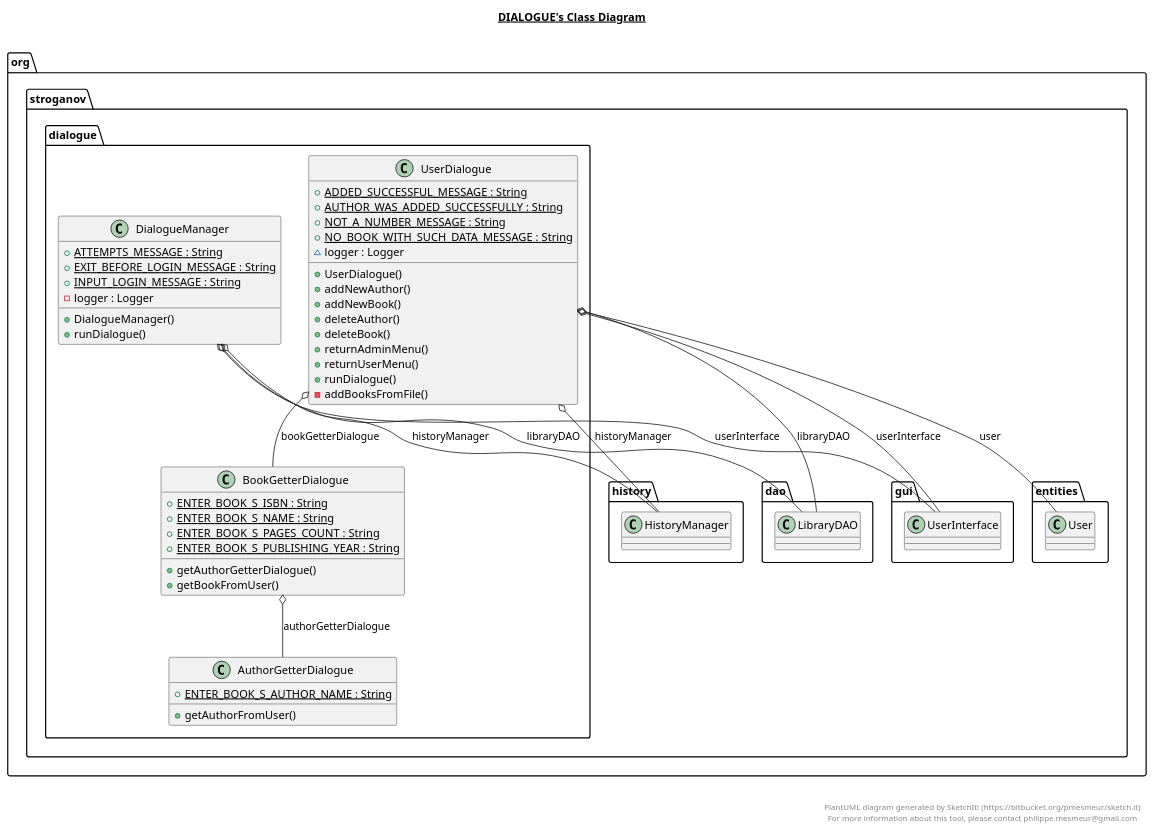
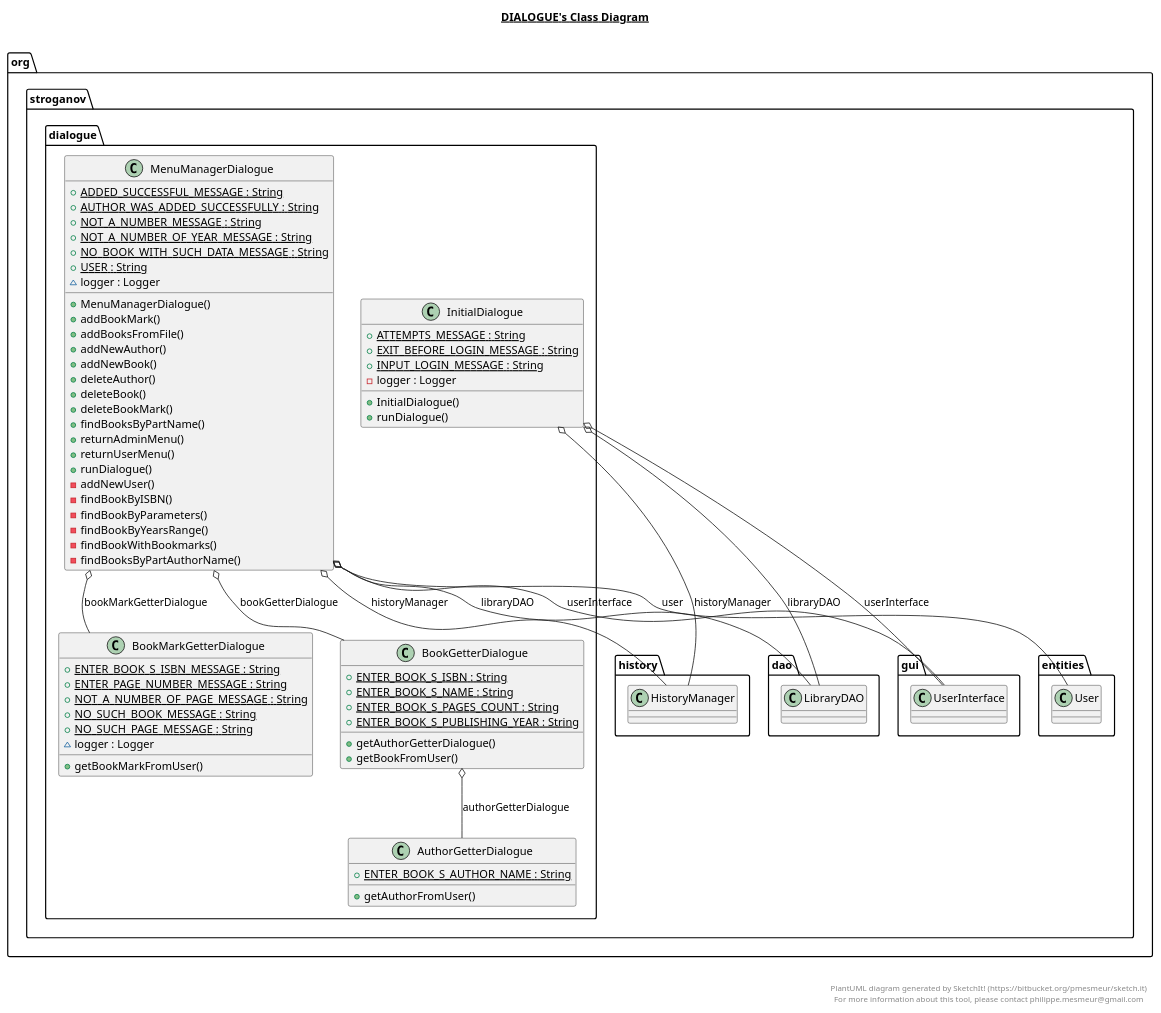
Before and after one commit to SergeyStroganoff/LibraryApp: the diagram in src/main/java/org/stroganov/dialogue/dialogue.plantuml, drawn with PlantUML. The commit also changed 8 other files, not shown here.

Commit message:
MenuManagerDialogue in progress - user options realized.

```diff
--- a/src/main/java/org/stroganov/dialogue/dialogue.plantuml
+++ b/src/main/java/org/stroganov/dialogue/dialogue.plantuml
@@ -1,83 +1,110 @@
 @startuml
 
 title __DIALOGUE's Class Diagram__\n
 
   namespace org.stroganov {
     namespace dialogue {
       class org.stroganov.dialogue.AuthorGetterDialogue {
           {static} + ENTER_BOOK_S_AUTHOR_NAME : String
           + getAuthorFromUser()
       }
     }
   }
   
 
   namespace org.stroganov {
     namespace dialogue {
       class org.stroganov.dialogue.BookGetterDialogue {
           {static} + ENTER_BOOK_S_ISBN : String
           {static} + ENTER_BOOK_S_NAME : String
           {static} + ENTER_BOOK_S_PAGES_COUNT : String
           {static} + ENTER_BOOK_S_PUBLISHING_YEAR : String
           + getAuthorGetterDialogue()
           + getBookFromUser()
       }
     }
   }
   
 
   namespace org.stroganov {
     namespace dialogue {
-      class org.stroganov.dialogue.DialogueManager {
+      class org.stroganov.dialogue.BookMarkGetterDialogue {
+          {static} + ENTER_BOOK_S_ISBN_MESSAGE : String
+          {static} + ENTER_PAGE_NUMBER_MESSAGE : String
+          {static} + NOT_A_NUMBER_OF_PAGE_MESSAGE : String
+          {static} + NO_SUCH_BOOK_MESSAGE : String
+          {static} + NO_SUCH_PAGE_MESSAGE : String
+          ~ logger : Logger
+          + getBookMarkFromUser()
+      }
+    }
+  }
+  
+
+  namespace org.stroganov {
+    namespace dialogue {
+      class org.stroganov.dialogue.InitialDialogue {
           {static} + ATTEMPTS_MESSAGE : String
           {static} + EXIT_BEFORE_LOGIN_MESSAGE : String
           {static} + INPUT_LOGIN_MESSAGE : String
           - logger : Logger
-          + DialogueManager()
+          + InitialDialogue()
           + runDialogue()
       }
     }
   }
   
 
   namespace org.stroganov {
     namespace dialogue {
-      class org.stroganov.dialogue.UserDialogue {
+      class org.stroganov.dialogue.MenuManagerDialogue {
           {static} + ADDED_SUCCESSFUL_MESSAGE : String
           {static} + AUTHOR_WAS_ADDED_SUCCESSFULLY : String
           {static} + NOT_A_NUMBER_MESSAGE : String
+          {static} + NOT_A_NUMBER_OF_YEAR_MESSAGE : String
           {static} + NO_BOOK_WITH_SUCH_DATA_MESSAGE : String
+          {static} + USER : String
           ~ logger : Logger
-          + UserDialogue()
+          + MenuManagerDialogue()
+          + addBookMark()
+          + addBooksFromFile()
           + addNewAuthor()
           + addNewBook()
           + deleteAuthor()
           + deleteBook()
+          + deleteBookMark()
+          + findBooksByPartName()
           + returnAdminMenu()
           + returnUserMenu()
           + runDialogue()
-          - addBooksFromFile()
+          - addNewUser()
+          - findBookByISBN()
+          - findBookByParameters()
+          - findBookByYearsRange()
+          - findBookWithBookmarks()
+          - findBooksByPartAuthorName()
       }
     }
   }
   
 
   org.stroganov.dialogue.BookGetterDialogue o-- org.stroganov.dialogue.AuthorGetterDialogue : authorGetterDialogue
-  org.stroganov.dialogue.DialogueManager o-- org.stroganov.history.HistoryManager : historyManager
-  org.stroganov.dialogue.DialogueManager o-- org.stroganov.dao.LibraryDAO : libraryDAO
-  org.stroganov.dialogue.DialogueManager o-- org.stroganov.gui.UserInterface : userInterface
-  org.stroganov.dialogue.UserDialogue o-- org.stroganov.dialogue.BookGetterDialogue : bookGetterDialogue
-  org.stroganov.dialogue.UserDialogue o-- org.stroganov.history.HistoryManager : historyManager
-  org.stroganov.dialogue.UserDialogue o-- org.stroganov.dao.LibraryDAO : libraryDAO
-  org.stroganov.dialogue.UserDialogue o-- org.stroganov.entities.User : user
-  org.stroganov.dialogue.UserDialogue o-- org.stroganov.gui.UserInterface : userInterface
+  org.stroganov.dialogue.InitialDialogue o-- org.stroganov.history.HistoryManager : historyManager
+  org.stroganov.dialogue.InitialDialogue o-- org.stroganov.dao.LibraryDAO : libraryDAO
+  org.stroganov.dialogue.InitialDialogue o-- org.stroganov.gui.UserInterface : userInterface
+  org.stroganov.dialogue.MenuManagerDialogue o-- org.stroganov.dialogue.BookGetterDialogue : bookGetterDialogue
+  org.stroganov.dialogue.MenuManagerDialogue o-- org.stroganov.dialogue.BookMarkGetterDialogue : bookMarkGetterDialogue
+  org.stroganov.dialogue.MenuManagerDialogue o-- org.stroganov.history.HistoryManager : historyManager
+  org.stroganov.dialogue.MenuManagerDialogue o-- org.stroganov.dao.LibraryDAO : libraryDAO
+  org.stroganov.dialogue.MenuManagerDialogue o-- org.stroganov.entities.User : user
+  org.stroganov.dialogue.MenuManagerDialogue o-- org.stroganov.gui.UserInterface : userInterface
 
 
 right footer
 
 
 PlantUML diagram generated by SketchIt! (https://bitbucket.org/pmesmeur/sketch.it)
 For more information about this tool, please contact philippe.mesmeur@gmail.com
 endfooter
 
 @enduml
```
